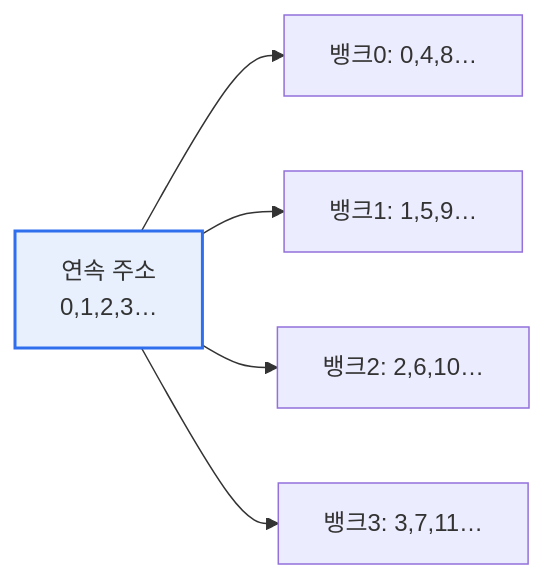
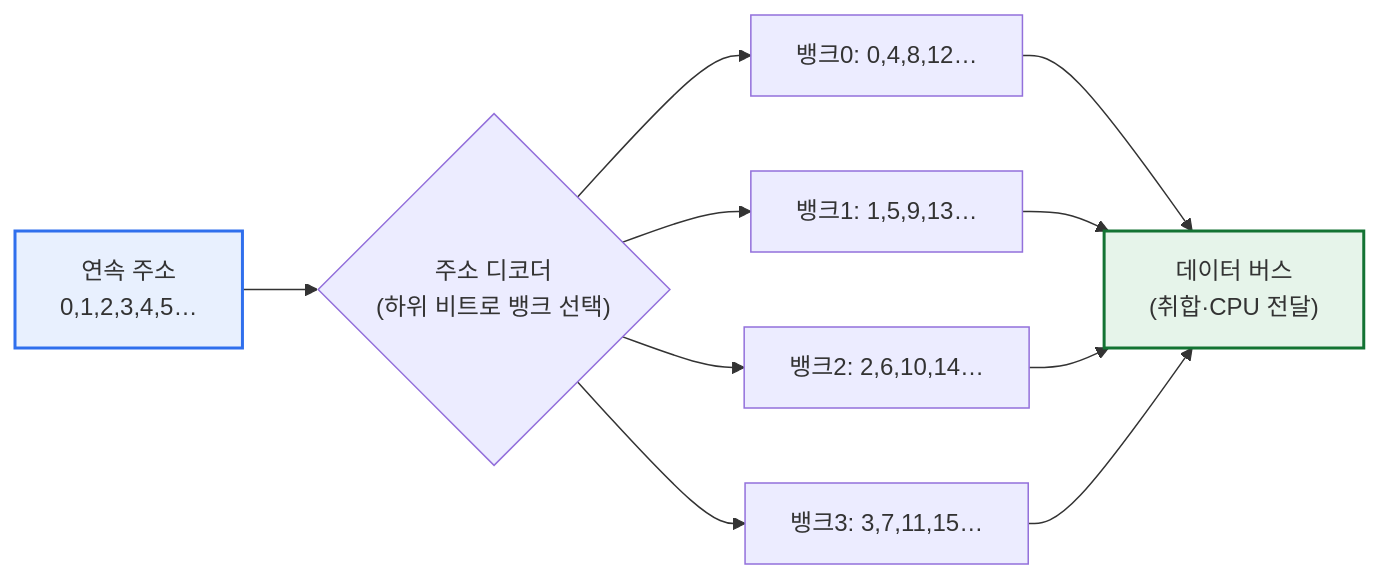
Before and after one commit to coninggu/wjdqhrhksflrltnftk: the first of 2 diagrams in content/memory-interleaving.md, drawn with Mermaid. The commit also changed other lines of this file and 3 other files, not shown here.

````diff
--- a/content/memory-interleaving.md
+++ b/content/memory-interleaving.md
@@ -15,8 +23,14 @@
 ```mermaid
 flowchart LR
-  A["연속 주소<br/>0,1,2,3…"] --> B0[뱅크0: 0,4,8…]
-  A --> B1[뱅크1: 1,5,9…]
-  A --> B2[뱅크2: 2,6,10…]
-  A --> B3[뱅크3: 3,7,11…]
+  A["연속 주소<br/>0,1,2,3,4,5…"] --> D{"주소 디코더<br/>(하위 비트로 뱅크 선택)"}
+  D --> B0["뱅크0: 0,4,8,12…"]
+  D --> B1["뱅크1: 1,5,9,13…"]
+  D --> B2["뱅크2: 2,6,10,14…"]
+  D --> B3["뱅크3: 3,7,11,15…"]
+  B0 --> M["데이터 버스<br/>(취합·CPU 전달)"]
+  B1 --> M
+  B2 --> M
+  B3 --> M
   style A fill:#e8f0fe,stroke:#2f6fed,stroke-width:2px
+  style M fill:#e6f4ea,stroke:#137333,stroke-width:2px
 ```
````
